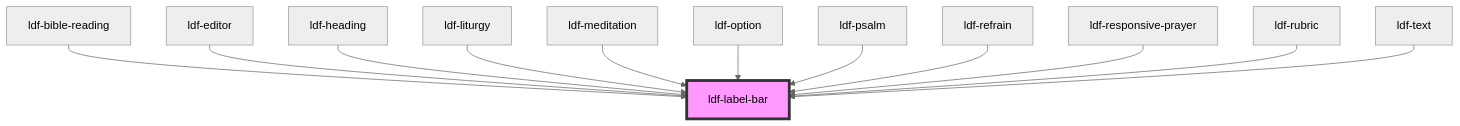
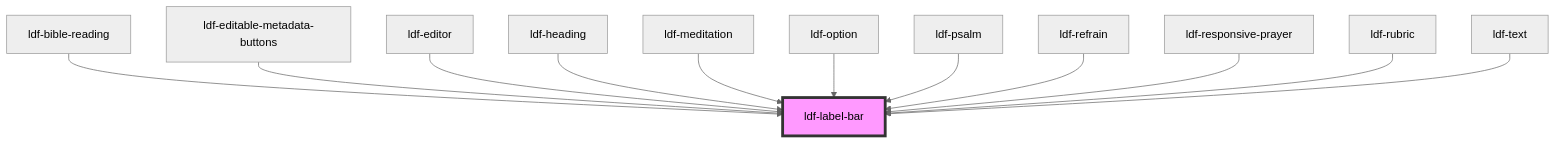
One commit to gbj/venite changed the diagram in components/src/components/label-bar/readme.md. Above: the diagram before and after it, drawn with Mermaid (neutral theme). The commit also changed other lines of this file and 22 other files, not shown here.

````diff
--- a/components/src/components/label-bar/readme.md
+++ b/components/src/components/label-bar/readme.md
@@ -25,15 +25,15 @@
 ```mermaid
 graph TD;
   ldf-bible-reading --> ldf-label-bar
+  ldf-editable-metadata-buttons --> ldf-label-bar
   ldf-editor --> ldf-label-bar
   ldf-heading --> ldf-label-bar
-  ldf-liturgy --> ldf-label-bar
   ldf-meditation --> ldf-label-bar
   ldf-option --> ldf-label-bar
   ldf-psalm --> ldf-label-bar
   ldf-refrain --> ldf-label-bar
   ldf-responsive-prayer --> ldf-label-bar
   ldf-rubric --> ldf-label-bar
   ldf-text --> ldf-label-bar
   style ldf-label-bar fill:#f9f,stroke:#333,stroke-width:4px
 ```
````
